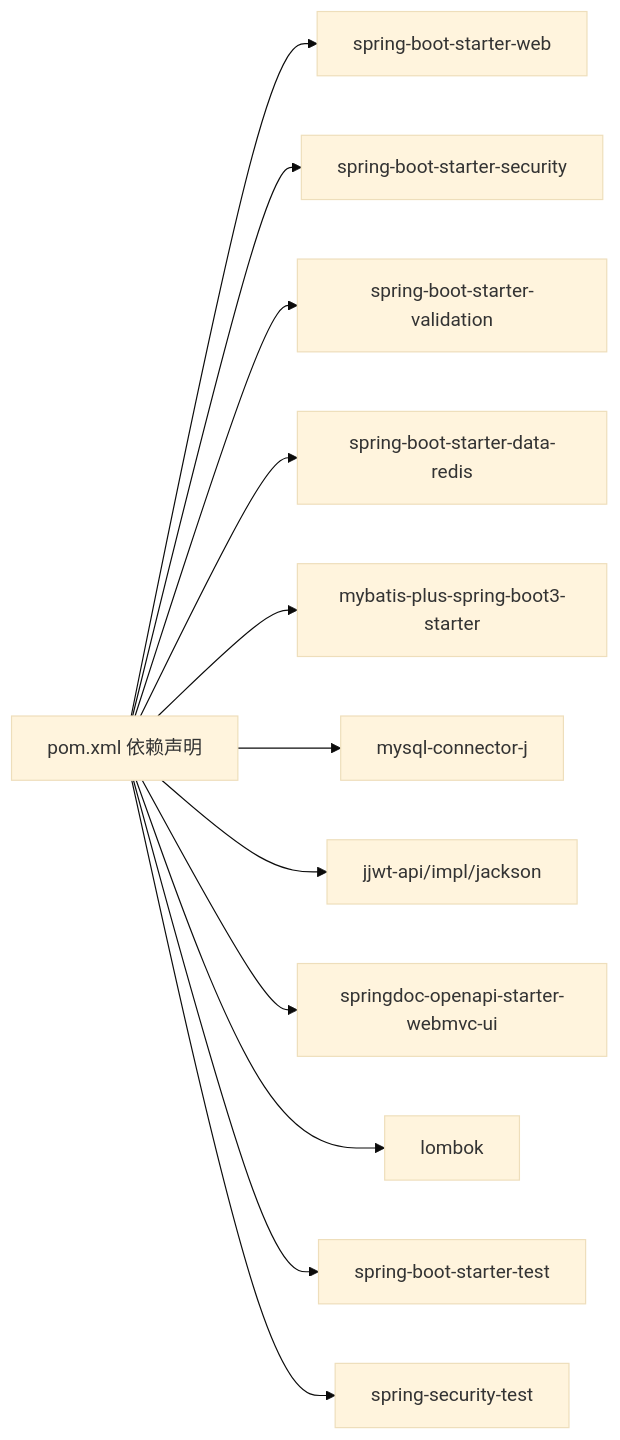
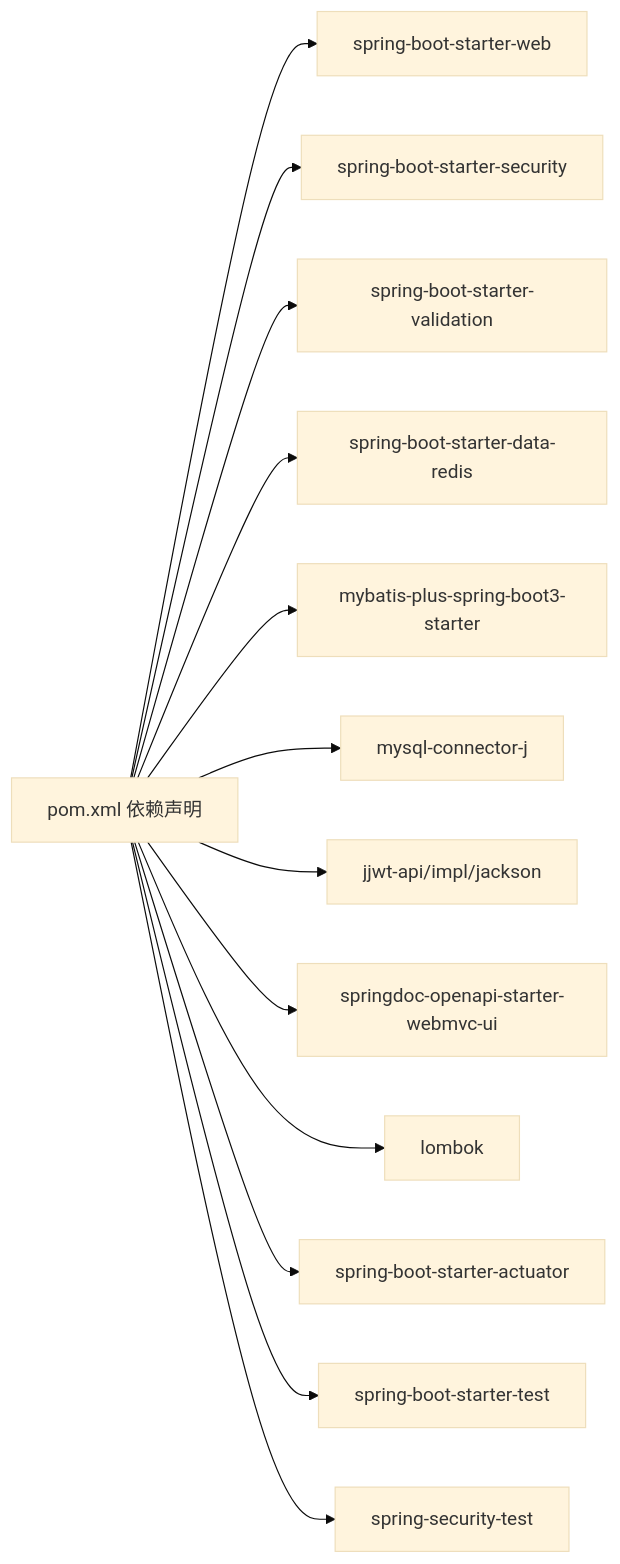
One commit to PersonNoName/FreeTrader changed the seventh of 7 diagrams in .qoder/repowiki/zh/content/后端系统/应用启动与配置.md. Above: the diagram before and after it, drawn with Mermaid (base theme). The commit also changed other lines of this file and 10 other files, not shown here.

````diff
--- a/.qoder/repowiki/zh/content/后端系统/应用启动与配置.md
+++ b/.qoder/repowiki/zh/content/后端系统/应用启动与配置.md
@@ -324,14 +440,15 @@
 ```mermaid
 graph LR
 POM["pom.xml 依赖声明"] --> W["spring-boot-starter-web"]
 POM --> S["spring-boot-starter-security"]
 POM --> V["spring-boot-starter-validation"]
 POM --> R["spring-boot-starter-data-redis"]
 POM --> MP["mybatis-plus-spring-boot3-starter"]
 POM --> M["mysql-connector-j"]
 POM --> JJWT["jjwt-api/impl/jackson"]
 POM --> DOC["springdoc-openapi-starter-webmvc-ui"]
 POM --> L["lombok"]
+POM --> A["spring-boot-starter-actuator"]
 POM --> T1["spring-boot-starter-test"]
 POM --> T2["spring-security-test"]
 ```
````
